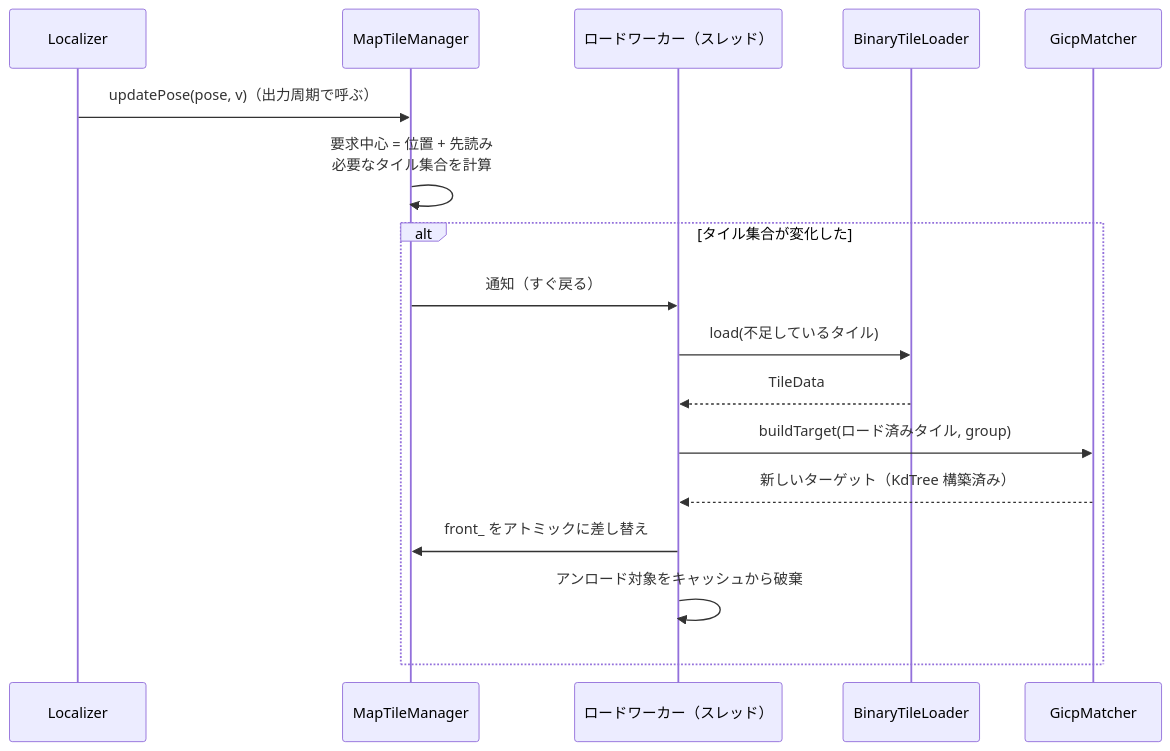
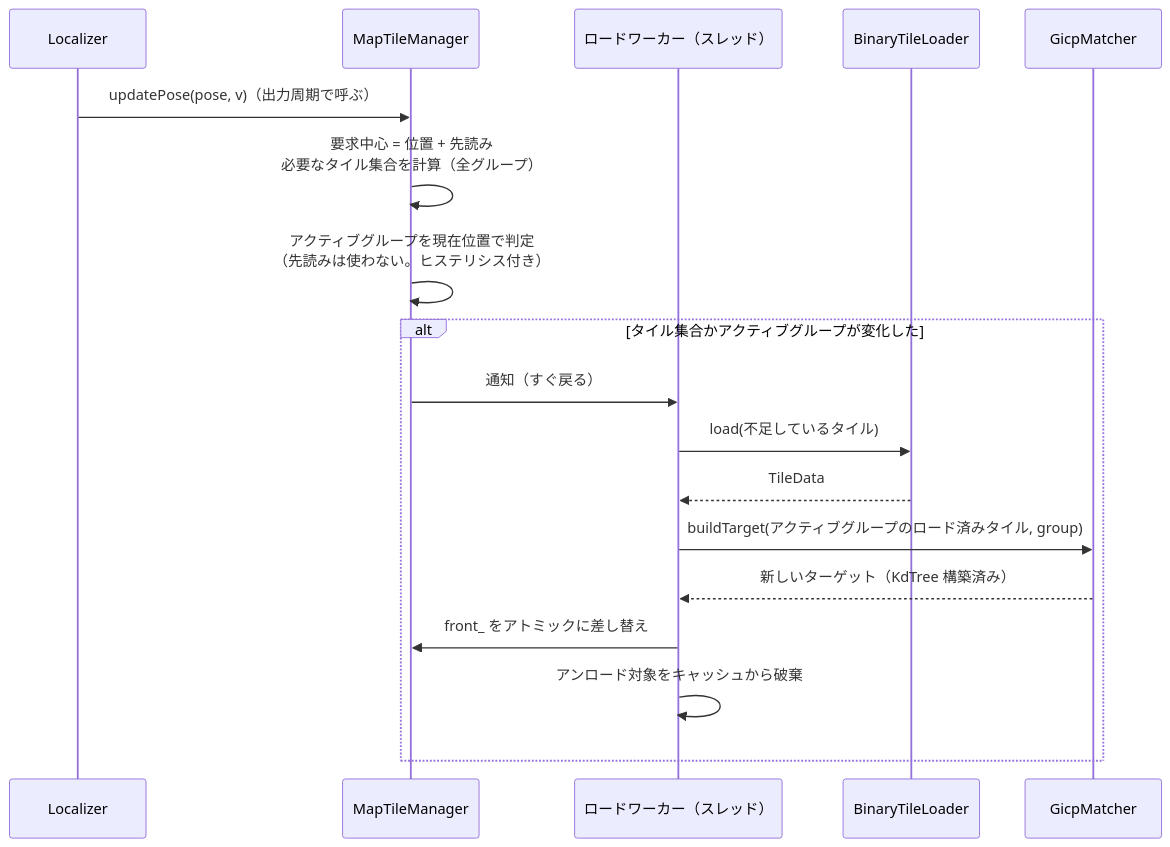
Diagram 14 of 14 in docs/architecture.md (mamoru1126/gnss_and_lidar_localization), drawn with Mermaid before and after one commit. The commit also changed other lines of this file and 6 other files, not shown here.

First line of the commit message:
docs: 運用上の前提とデッドレコニング距離の監視を反映し、複数地図の扱いを見直し（設計書 v0.9）

````diff
--- a/docs/architecture.md
+++ b/docs/architecture.md
@@ -930,20 +973,21 @@
 ```mermaid
 sequenceDiagram
   participant L as Localizer
   participant MT as MapTileManager
   participant T as ロードワーカー（スレッド）
   participant TL as BinaryTileLoader
   participant G as GicpMatcher
 
   L->>MT: updatePose(pose, v)（出力周期で呼ぶ）
-  MT->>MT: 要求中心 = 位置 + 先読み<br/>必要なタイル集合を計算
-  alt タイル集合が変化した
+  MT->>MT: 要求中心 = 位置 + 先読み<br/>必要なタイル集合を計算（全グループ）
+  MT->>MT: アクティブグループを現在位置で判定<br/>（先読みは使わない。ヒステリシス付き）
+  alt タイル集合かアクティブグループが変化した
     MT->>T: 通知（すぐ戻る）
     T->>TL: load(不足しているタイル)
     TL-->>T: TileData
-    T->>G: buildTarget(ロード済みタイル, group)
+    T->>G: buildTarget(アクティブグループのロード済みタイル, group)
     G-->>T: 新しいターゲット（KdTree 構築済み）
     T->>MT: front_ をアトミックに差し替え
     T->>T: アンロード対象をキャッシュから破棄
   end
 ```
````
